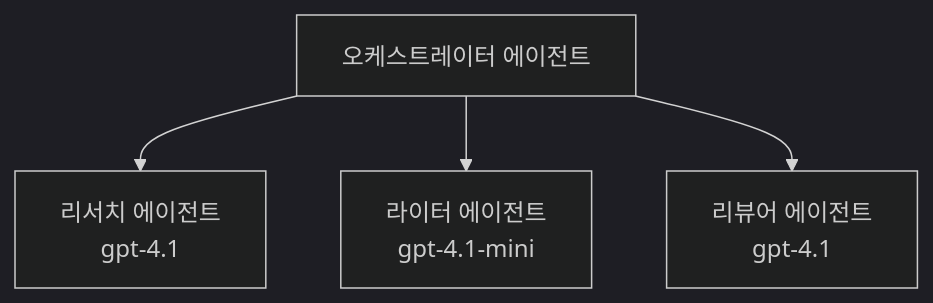
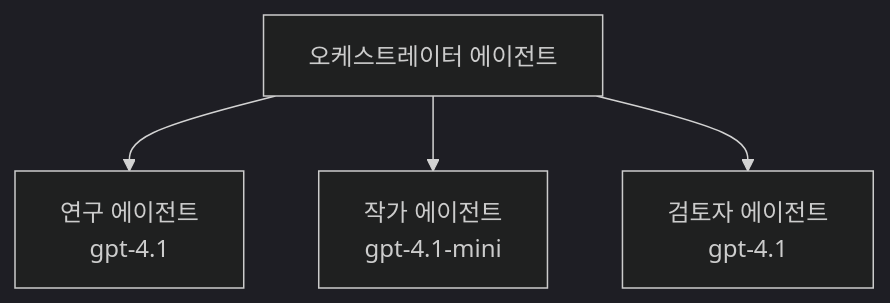
The third of 3 diagrams in translations/ko/docs/chapter-02-ai-development/agents.md (microsoft/AZD-for-beginners), drawn with Mermaid (dark theme) before and after one commit. The commit also changed other lines of this file and 60 other files, not shown here.

````diff
--- a/translations/ko/docs/chapter-02-ai-development/agents.md
+++ b/translations/ko/docs/chapter-02-ai-development/agents.md
@@ -201,6 +201,6 @@
 ```mermaid
 graph TD
-    Orchestrator[오케스트레이터 에이전트] --> Research[리서치 에이전트<br/>gpt-4.1]
-    Orchestrator --> Writer[라이터 에이전트<br/>gpt-4.1-mini]
-    Orchestrator --> Reviewer[리뷰어 에이전트<br/>gpt-4.1]
+    Orchestrator[오케스트레이터 에이전트] --> Research[연구 에이전트<br/>gpt-4.1]
+    Orchestrator --> Writer[작가 에이전트<br/>gpt-4.1-mini]
+    Orchestrator --> Reviewer[검토자 에이전트<br/>gpt-4.1]
 ```
````
